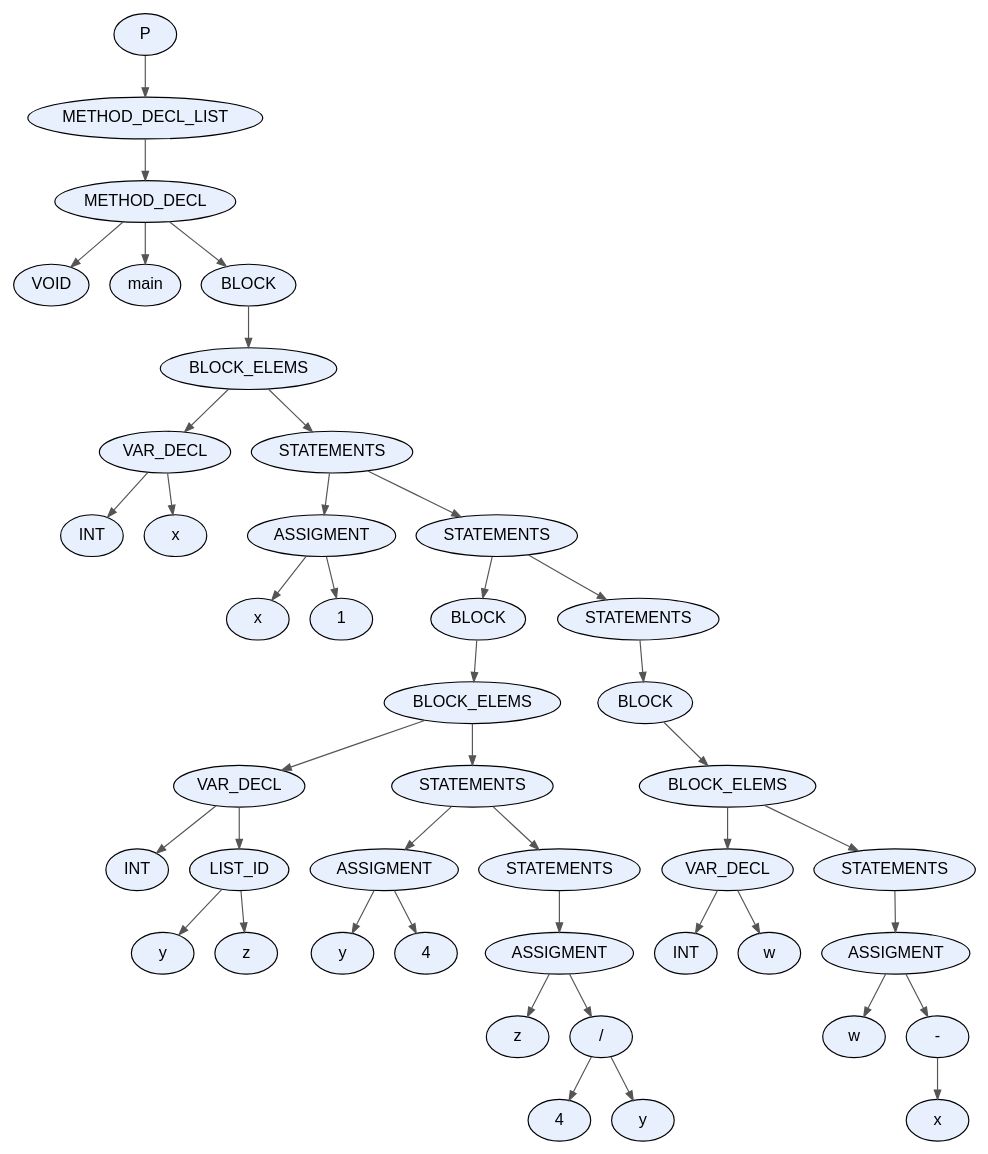
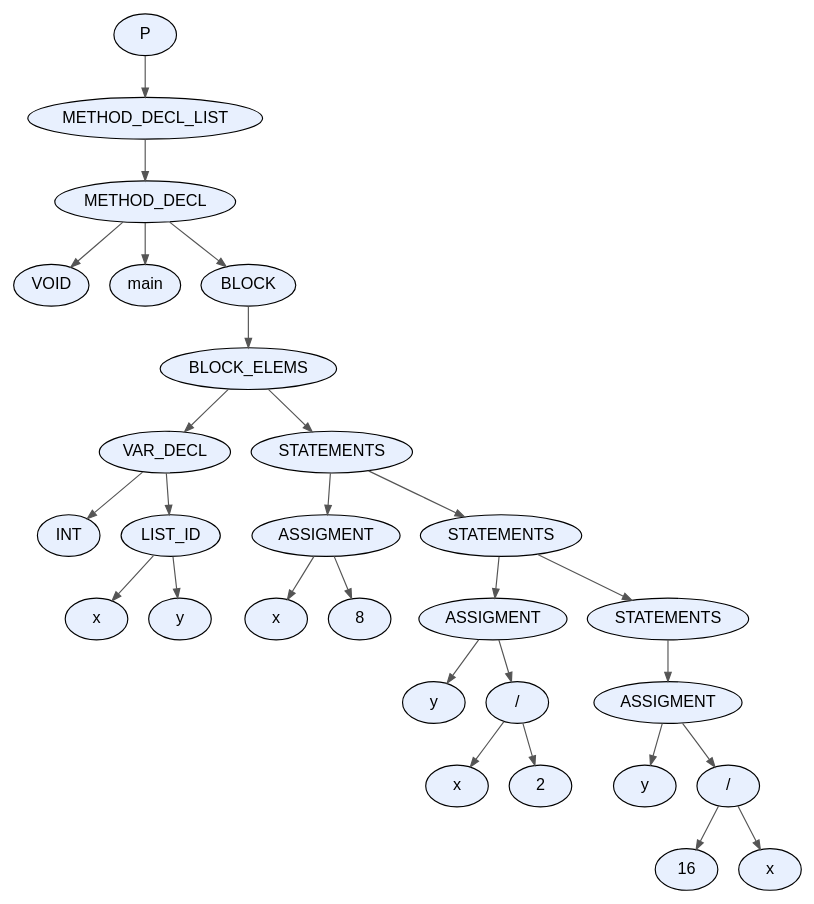
One commit to facundo-dario-loser/TDS2026 changed the diagram in proyecto/dot_files/test4.dot. Above: the diagram before and after it, drawn with Graphviz. The commit also changed 5 other files, not shown here.

```diff
--- a/proyecto/dot_files/test4.dot
+++ b/proyecto/dot_files/test4.dot
@@ -1,89 +1,59 @@
 digraph AST {
   node [fontname="Arial"];
   edge [arrowsize=0.8, color="#555555"];
-  "node_0x591187d39510" [label="P", style=filled, fillcolor="#E8F0FE", shape=ellipse, style="rounded,filled"];
-  "node_0x591187d39510" -> "node_0x591187d394c0";
-  "node_0x591187d394c0" [label="METHOD_DECL_LIST", style=filled, fillcolor="#E8F0FE", shape=ellipse, style="rounded,filled"];
-  "node_0x591187d394c0" -> "node_0x591187d39470";
-  "node_0x591187d39470" [label="METHOD_DECL", style=filled, fillcolor="#E8F0FE", shape=ellipse, style="rounded,filled"];
-  "node_0x591187d39470" -> "node_0x591187d393b0";
-  "node_0x591187d393b0" [label="VOID", style=filled, fillcolor="#E8F0FE", shape=ellipse, style="rounded,filled"];
-  "node_0x591187d39470" -> "node_0x591187d39400";
-  "node_0x591187d39400" [label="main", style=filled, fillcolor="#E8F0FE", shape=ellipse, style="rounded,filled"];
-  "node_0x591187d39470" -> "node_0x591187d39360";
-  "node_0x591187d39360" [label="BLOCK", style=filled, fillcolor="#E8F0FE", shape=ellipse, style="rounded,filled"];
-  "node_0x591187d39360" -> "node_0x591187d39310";
-  "node_0x591187d39310" [label="BLOCK_ELEMS", style=filled, fillcolor="#E8F0FE", shape=ellipse, style="rounded,filled"];
-  "node_0x591187d39310" -> "node_0x591187d38630";
-  "node_0x591187d38630" [label="VAR_DECL", style=filled, fillcolor="#E8F0FE", shape=ellipse, style="rounded,filled"];
-  "node_0x591187d38630" -> "node_0x591187d38550";
-  "node_0x591187d38550" [label="INT", style=filled, fillcolor="#E8F0FE", shape=ellipse, style="rounded,filled"];
-  "node_0x591187d38630" -> "node_0x591187d385c0";
-  "node_0x591187d385c0" [label="x", style=filled, fillcolor="#E8F0FE", shape=ellipse, style="rounded,filled"];
-  "node_0x591187d39310" -> "node_0x591187d392c0";
-  "node_0x591187d392c0" [label="STATEMENTS", style=filled, fillcolor="#E8F0FE", shape=ellipse, style="rounded,filled"];
-  "node_0x591187d392c0" -> "node_0x591187d38760";
-  "node_0x591187d38760" [label="ASSIGMENT", style=filled, fillcolor="#E8F0FE", shape=ellipse, style="rounded,filled"];
-  "node_0x591187d38760" -> "node_0x591187d386f0";
-  "node_0x591187d386f0" [label="x", style=filled, fillcolor="#E8F0FE", shape=ellipse, style="rounded,filled"];
-  "node_0x591187d38760" -> "node_0x591187d386a0";
-  "node_0x591187d386a0" [label="1", style=filled, fillcolor="#E8F0FE", shape=ellipse, style="rounded,filled"];
-  "node_0x591187d392c0" -> "node_0x591187d39270";
-  "node_0x591187d39270" [label="STATEMENTS", style=filled, fillcolor="#E8F0FE", shape=ellipse, style="rounded,filled"];
-  "node_0x591187d39270" -> "node_0x591187d38df0";
-  "node_0x591187d38df0" [label="BLOCK", style=filled, fillcolor="#E8F0FE", shape=ellipse, style="rounded,filled"];
-  "node_0x591187d38df0" -> "node_0x591187d38da0";
-  "node_0x591187d38da0" [label="BLOCK_ELEMS", style=filled, fillcolor="#E8F0FE", shape=ellipse, style="rounded,filled"];
-  "node_0x591187d38da0" -> "node_0x591187d38970";
-  "node_0x591187d38970" [label="VAR_DECL", style=filled, fillcolor="#E8F0FE", shape=ellipse, style="rounded,filled"];
-  "node_0x591187d38970" -> "node_0x591187d387b0";
-  "node_0x591187d387b0" [label="INT", style=filled, fillcolor="#E8F0FE", shape=ellipse, style="rounded,filled"];
-  "node_0x591187d38970" -> "node_0x591187d38920";
-  "node_0x591187d38920" [label="LIST_ID", style=filled, fillcolor="#E8F0FE", shape=ellipse, style="rounded,filled"];
-  "node_0x591187d38920" -> "node_0x591187d388b0";
-  "node_0x591187d388b0" [label="y", style=filled, fillcolor="#E8F0FE", shape=ellipse, style="rounded,filled"];
-  "node_0x591187d38920" -> "node_0x591187d38840";
-  "node_0x591187d38840" [label="z", style=filled, fillcolor="#E8F0FE", shape=ellipse, style="rounded,filled"];
-  "node_0x591187d38da0" -> "node_0x591187d38d50";
-  "node_0x591187d38d50" [label="STATEMENTS", style=filled, fillcolor="#E8F0FE", shape=ellipse, style="rounded,filled"];
-  "node_0x591187d38d50" -> "node_0x591187d38aa0";
-  "node_0x591187d38aa0" [label="ASSIGMENT", style=filled, fillcolor="#E8F0FE", shape=ellipse, style="rounded,filled"];
-  "node_0x591187d38aa0" -> "node_0x591187d38a30";
-  "node_0x591187d38a30" [label="y", style=filled, fillcolor="#E8F0FE", shape=ellipse, style="rounded,filled"];
-  "node_0x591187d38aa0" -> "node_0x591187d389e0";
-  "node_0x591187d389e0" [label="4", style=filled, fillcolor="#E8F0FE", shape=ellipse, style="rounded,filled"];
-  "node_0x591187d38d50" -> "node_0x591187d38d00";
-  "node_0x591187d38d00" [label="STATEMENTS", style=filled, fillcolor="#E8F0FE", shape=ellipse, style="rounded,filled"];
-  "node_0x591187d38d00" -> "node_0x591187d38cb0";
-  "node_0x591187d38cb0" [label="ASSIGMENT", style=filled, fillcolor="#E8F0FE", shape=ellipse, style="rounded,filled"];
-  "node_0x591187d38cb0" -> "node_0x591187d38c40";
-  "node_0x591187d38c40" [label="z", style=filled, fillcolor="#E8F0FE", shape=ellipse, style="rounded,filled"];
-  "node_0x591187d38cb0" -> "node_0x591187d38bf0";
-  "node_0x591187d38bf0" [label="/", style=filled, fillcolor="#E8F0FE", shape=ellipse, style="rounded,filled"];
-  "node_0x591187d38bf0" -> "node_0x591187d38b10";
-  "node_0x591187d38b10" [label="4", style=filled, fillcolor="#E8F0FE", shape=ellipse, style="rounded,filled"];
-  "node_0x591187d38bf0" -> "node_0x591187d38b80";
-  "node_0x591187d38b80" [label="y", style=filled, fillcolor="#E8F0FE", shape=ellipse, style="rounded,filled"];
-  "node_0x591187d39270" -> "node_0x591187d39220";
-  "node_0x591187d39220" [label="STATEMENTS", style=filled, fillcolor="#E8F0FE", shape=ellipse, style="rounded,filled"];
-  "node_0x591187d39220" -> "node_0x591187d391d0";
-  "node_0x591187d391d0" [label="BLOCK", style=filled, fillcolor="#E8F0FE", shape=ellipse, style="rounded,filled"];
-  "node_0x591187d391d0" -> "node_0x591187d39180";
-  "node_0x591187d39180" [label="BLOCK_ELEMS", style=filled, fillcolor="#E8F0FE", shape=ellipse, style="rounded,filled"];
-  "node_0x591187d39180" -> "node_0x591187d38f20";
-  "node_0x591187d38f20" [label="VAR_DECL", style=filled, fillcolor="#E8F0FE", shape=ellipse, style="rounded,filled"];
-  "node_0x591187d38f20" -> "node_0x591187d38e40";
-  "node_0x591187d38e40" [label="INT", style=filled, fillcolor="#E8F0FE", shape=ellipse, style="rounded,filled"];
-  "node_0x591187d38f20" -> "node_0x591187d38eb0";
-  "node_0x591187d38eb0" [label="w", style=filled, fillcolor="#E8F0FE", shape=ellipse, style="rounded,filled"];
-  "node_0x591187d39180" -> "node_0x591187d39130";
-  "node_0x591187d39130" [label="STATEMENTS", style=filled, fillcolor="#E8F0FE", shape=ellipse, style="rounded,filled"];
-  "node_0x591187d39130" -> "node_0x591187d390e0";
-  "node_0x591187d390e0" [label="ASSIGMENT", style=filled, fillcolor="#E8F0FE", shape=ellipse, style="rounded,filled"];
-  "node_0x591187d390e0" -> "node_0x591187d39070";
-  "node_0x591187d39070" [label="w", style=filled, fillcolor="#E8F0FE", shape=ellipse, style="rounded,filled"];
-  "node_0x591187d390e0" -> "node_0x591187d39020";
-  "node_0x591187d39020" [label="-", style=filled, fillcolor="#E8F0FE", shape=ellipse, style="rounded,filled"];
-  "node_0x591187d39020" -> "node_0x591187d38fb0";
-  "node_0x591187d38fb0" [label="x", style=filled, fillcolor="#E8F0FE", shape=ellipse, style="rounded,filled"];
+  "node_0x58a521674fa0" [label="P", style=filled, fillcolor="#E8F0FE", shape=ellipse, style="rounded,filled"];
+  "node_0x58a521674fa0" -> "node_0x58a521674f50";
+  "node_0x58a521674f50" [label="METHOD_DECL_LIST", style=filled, fillcolor="#E8F0FE", shape=ellipse, style="rounded,filled"];
+  "node_0x58a521674f50" -> "node_0x58a521674f00";
+  "node_0x58a521674f00" [label="METHOD_DECL", style=filled, fillcolor="#E8F0FE", shape=ellipse, style="rounded,filled"];
+  "node_0x58a521674f00" -> "node_0x58a521674e40";
+  "node_0x58a521674e40" [label="VOID", style=filled, fillcolor="#E8F0FE", shape=ellipse, style="rounded,filled"];
+  "node_0x58a521674f00" -> "node_0x58a521674e90";
+  "node_0x58a521674e90" [label="main", style=filled, fillcolor="#E8F0FE", shape=ellipse, style="rounded,filled"];
+  "node_0x58a521674f00" -> "node_0x58a521674df0";
+  "node_0x58a521674df0" [label="BLOCK", style=filled, fillcolor="#E8F0FE", shape=ellipse, style="rounded,filled"];
+  "node_0x58a521674df0" -> "node_0x58a521674da0";
+  "node_0x58a521674da0" [label="BLOCK_ELEMS", style=filled, fillcolor="#E8F0FE", shape=ellipse, style="rounded,filled"];
+  "node_0x58a521674da0" -> "node_0x58a521674710";
+  "node_0x58a521674710" [label="VAR_DECL", style=filled, fillcolor="#E8F0FE", shape=ellipse, style="rounded,filled"];
+  "node_0x58a521674710" -> "node_0x58a521674550";
+  "node_0x58a521674550" [label="INT", style=filled, fillcolor="#E8F0FE", shape=ellipse, style="rounded,filled"];
+  "node_0x58a521674710" -> "node_0x58a5216746c0";
+  "node_0x58a5216746c0" [label="LIST_ID", style=filled, fillcolor="#E8F0FE", shape=ellipse, style="rounded,filled"];
+  "node_0x58a5216746c0" -> "node_0x58a521674650";
+  "node_0x58a521674650" [label="x", style=filled, fillcolor="#E8F0FE", shape=ellipse, style="rounded,filled"];
+  "node_0x58a5216746c0" -> "node_0x58a5216745e0";
+  "node_0x58a5216745e0" [label="y", style=filled, fillcolor="#E8F0FE", shape=ellipse, style="rounded,filled"];
+  "node_0x58a521674da0" -> "node_0x58a521674d50";
+  "node_0x58a521674d50" [label="STATEMENTS", style=filled, fillcolor="#E8F0FE", shape=ellipse, style="rounded,filled"];
+  "node_0x58a521674d50" -> "node_0x58a521674840";
+  "node_0x58a521674840" [label="ASSIGMENT", style=filled, fillcolor="#E8F0FE", shape=ellipse, style="rounded,filled"];
+  "node_0x58a521674840" -> "node_0x58a5216747d0";
+  "node_0x58a5216747d0" [label="x", style=filled, fillcolor="#E8F0FE", shape=ellipse, style="rounded,filled"];
+  "node_0x58a521674840" -> "node_0x58a521674780";
+  "node_0x58a521674780" [label="8", style=filled, fillcolor="#E8F0FE", shape=ellipse, style="rounded,filled"];
+  "node_0x58a521674d50" -> "node_0x58a521674d00";
+  "node_0x58a521674d00" [label="STATEMENTS", style=filled, fillcolor="#E8F0FE", shape=ellipse, style="rounded,filled"];
+  "node_0x58a521674d00" -> "node_0x58a521674a50";
+  "node_0x58a521674a50" [label="ASSIGMENT", style=filled, fillcolor="#E8F0FE", shape=ellipse, style="rounded,filled"];
+  "node_0x58a521674a50" -> "node_0x58a5216749e0";
+  "node_0x58a5216749e0" [label="y", style=filled, fillcolor="#E8F0FE", shape=ellipse, style="rounded,filled"];
+  "node_0x58a521674a50" -> "node_0x58a521674990";
+  "node_0x58a521674990" [label="/", style=filled, fillcolor="#E8F0FE", shape=ellipse, style="rounded,filled"];
+  "node_0x58a521674990" -> "node_0x58a5216748d0";
+  "node_0x58a5216748d0" [label="x", style=filled, fillcolor="#E8F0FE", shape=ellipse, style="rounded,filled"];
+  "node_0x58a521674990" -> "node_0x58a521674940";
+  "node_0x58a521674940" [label="2", style=filled, fillcolor="#E8F0FE", shape=ellipse, style="rounded,filled"];
+  "node_0x58a521674d00" -> "node_0x58a521674cb0";
+  "node_0x58a521674cb0" [label="STATEMENTS", style=filled, fillcolor="#E8F0FE", shape=ellipse, style="rounded,filled"];
+  "node_0x58a521674cb0" -> "node_0x58a521674c60";
+  "node_0x58a521674c60" [label="ASSIGMENT", style=filled, fillcolor="#E8F0FE", shape=ellipse, style="rounded,filled"];
+  "node_0x58a521674c60" -> "node_0x58a521674bf0";
+  "node_0x58a521674bf0" [label="y", style=filled, fillcolor="#E8F0FE", shape=ellipse, style="rounded,filled"];
+  "node_0x58a521674c60" -> "node_0x58a521674ba0";
+  "node_0x58a521674ba0" [label="/", style=filled, fillcolor="#E8F0FE", shape=ellipse, style="rounded,filled"];
+  "node_0x58a521674ba0" -> "node_0x58a521674ac0";
+  "node_0x58a521674ac0" [label="16", style=filled, fillcolor="#E8F0FE", shape=ellipse, style="rounded,filled"];
+  "node_0x58a521674ba0" -> "node_0x58a521674b30";
+  "node_0x58a521674b30" [label="x", style=filled, fillcolor="#E8F0FE", shape=ellipse, style="rounded,filled"];
 }
```
